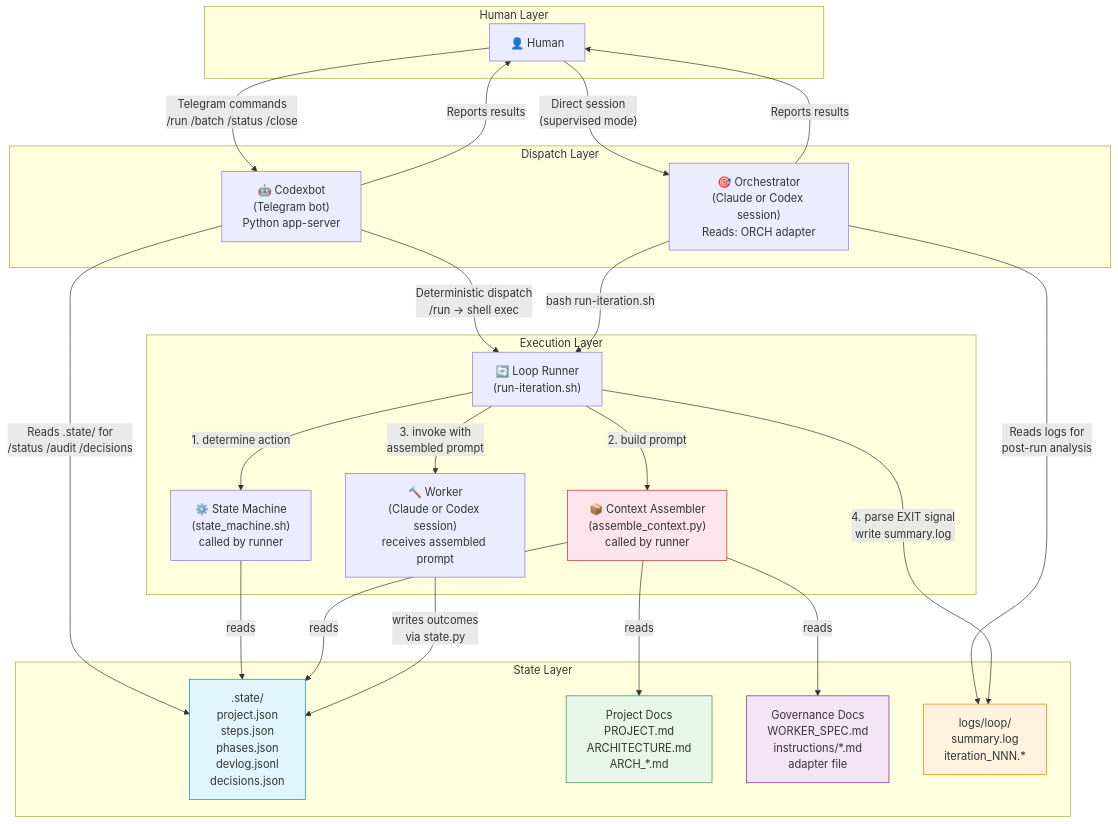
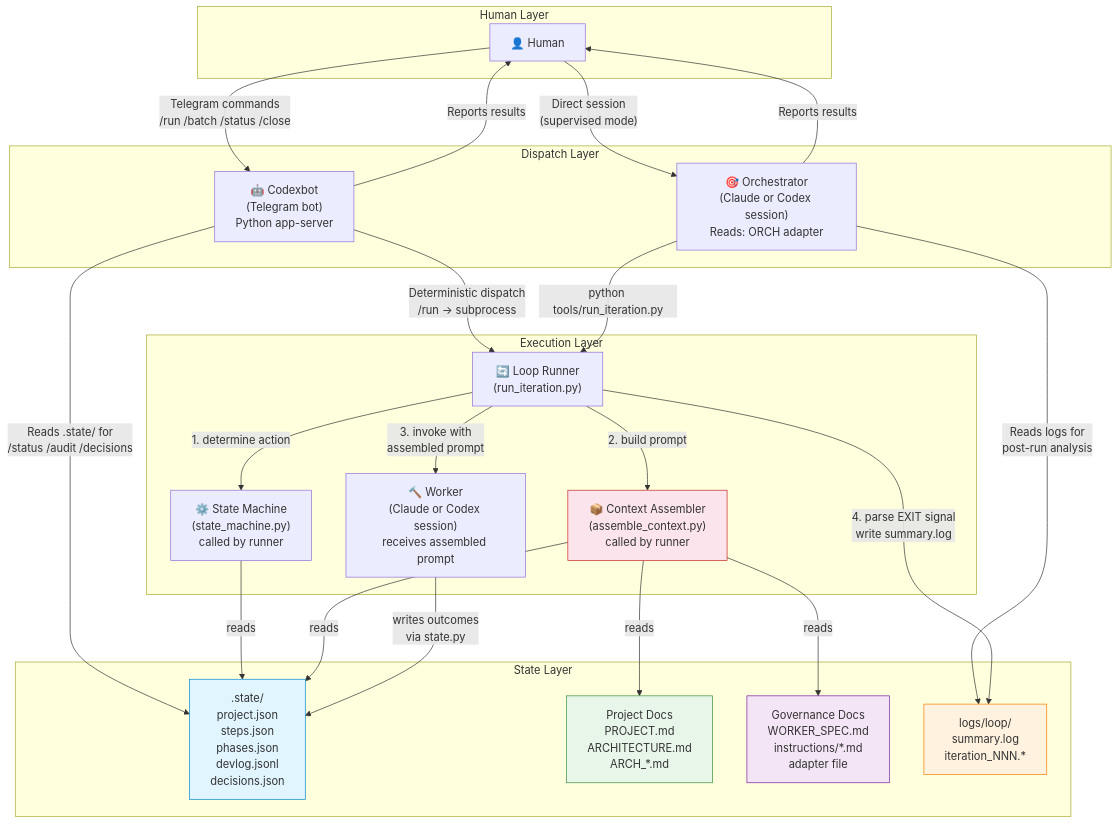
The first of 5 diagrams in WORKFLOW.md (LesTP/i2c), drawn with Mermaid before and after one commit. The commit also changed other lines of this file and 2 other files, not shown here.

````diff
--- a/WORKFLOW.md
+++ b/WORKFLOW.md
@@ -5,49 +5,49 @@
 ```mermaid
 graph TB
     subgraph "Human Layer"
         H["👤 Human"]
     end
 
     subgraph "Dispatch Layer"
         CB["🤖 Codexbot<br/>(Telegram bot)<br/>Python app-server"]
         CO["🎯 Orchestrator<br/>(Claude or Codex session)<br/>Reads: ORCH adapter"]
     end
 
     subgraph "Execution Layer"
-        LR["🔄 Loop Runner<br/>(run-iteration.sh)"]
-        SM["⚙️ State Machine<br/>(state_machine.sh)<br/>called by runner"]
+        LR["🔄 Loop Runner<br/>(run_iteration.py)"]
+        SM["⚙️ State Machine<br/>(state_machine.py)<br/>called by runner"]
         ASM["📦 Context Assembler<br/>(assemble_context.py)<br/>called by runner"]
         W["🔨 Worker<br/>(Claude or Codex session)<br/>receives assembled prompt"]
     end
 
     subgraph "State Layer"
         ST[".state/<br/>project.json<br/>steps.json<br/>phases.json<br/>devlog.jsonl<br/>decisions.json"]
         PD["Project Docs<br/>PROJECT.md<br/>ARCHITECTURE.md<br/>ARCH_*.md"]
         GOV["Governance Docs<br/>WORKER_SPEC.md<br/>instructions/*.md<br/>adapter file"]
         LOG["logs/loop/<br/>summary.log<br/>iteration_NNN.*"]
     end
 
     H -- "Telegram commands<br/>/run /batch /status /close" --> CB
     H -- "Direct session<br/>(supervised mode)" --> CO
-    CB -- "Deterministic dispatch<br/>/run → shell exec" --> LR
+    CB -- "Deterministic dispatch<br/>/run → subprocess" --> LR
     CB -- "Reads .state/ for<br/>/status /audit /decisions" --> ST
-    CO -- "bash run-iteration.sh" --> LR
+    CO -- "python tools/run_iteration.py" --> LR
     CO -- "Reads logs for<br/>post-run analysis" --> LOG
     LR -- "1. determine action" --> SM
     SM -- "reads" --> ST
     LR -- "2. build prompt" --> ASM
     ASM -- "reads" --> ST
     ASM -- "reads" --> PD
     ASM -- "reads" --> GOV
     LR -- "3. invoke with<br/>assembled prompt" --> W
     W -- "writes outcomes<br/>via state.py" --> ST
     LR -- "4. parse EXIT signal<br/>write summary.log" --> LOG
     CO -- "Reports results" --> H
     CB -- "Reports results" --> H
 
     style ST fill:#e1f5fe,stroke:#0288d1
     style GOV fill:#f3e5f5,stroke:#7b1fa2
     style PD fill:#e8f5e9,stroke:#388e3c
     style LOG fill:#fff3e0,stroke:#f57c00
     style ASM fill:#fce4ec,stroke:#c62828
 ```
````
